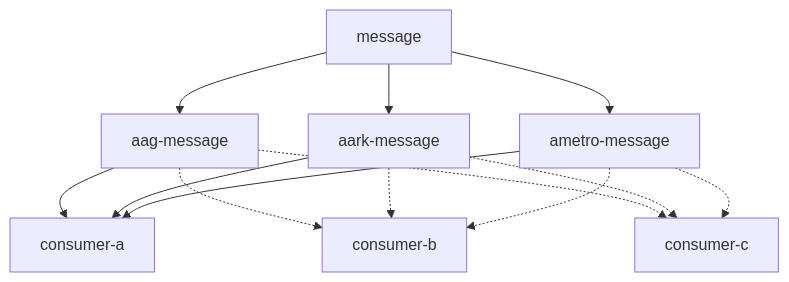
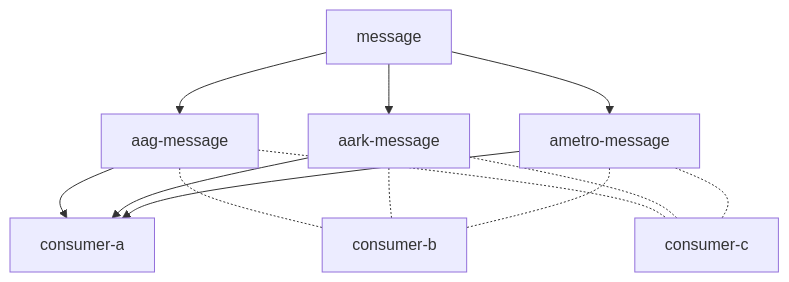
The first of 2 diagrams in readme.md (sethreno/MassTransitPlayground), drawn with Mermaid before and after one commit. The commit also changed other lines of this file, not shown here.

````diff
--- a/readme.md
+++ b/readme.md
@@ -20,18 +21,18 @@
 ```mermaid
 flowchart TD;
     message-->aag-message;
     message-->aark-message;
     message-->ametro-message;
 
     aag-message-->consumer-a;
     aark-message-->consumer-a;
     ametro-message-->consumer-a;
 
-    aag-message-.->consumer-b;
-    aark-message-.->consumer-b;
-    ametro-message-.->consumer-b;
+    aag-message-.-consumer-b;
+    aark-message-.-consumer-b;
+    ametro-message-.-consumer-b;
 
-    aag-message-.->consumer-c;
-    aark-message-.->consumer-c;
-    ametro-message-.->consumer-c;
+    aag-message-.-consumer-c;
+    aark-message-.-consumer-c;
+    ametro-message-.-consumer-c;
 ```
````
